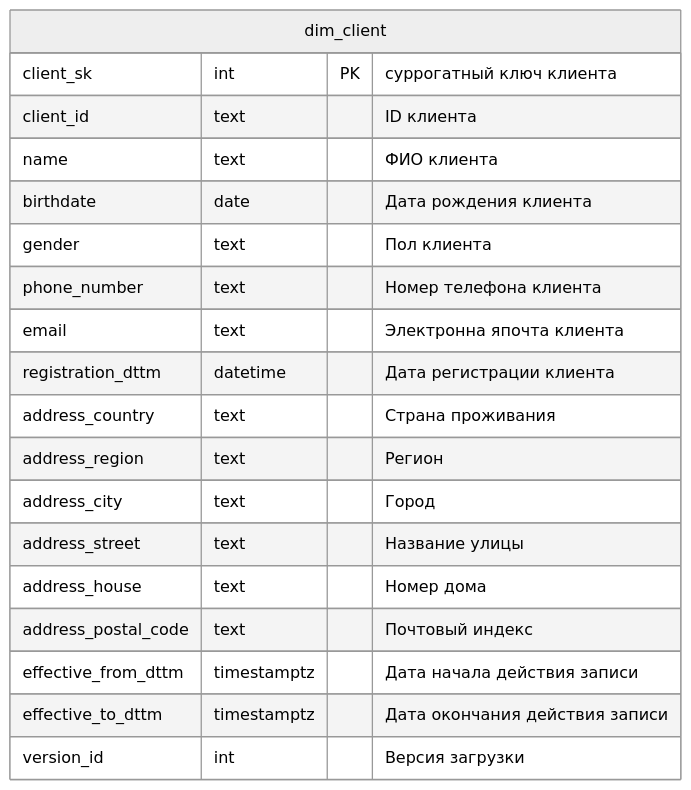
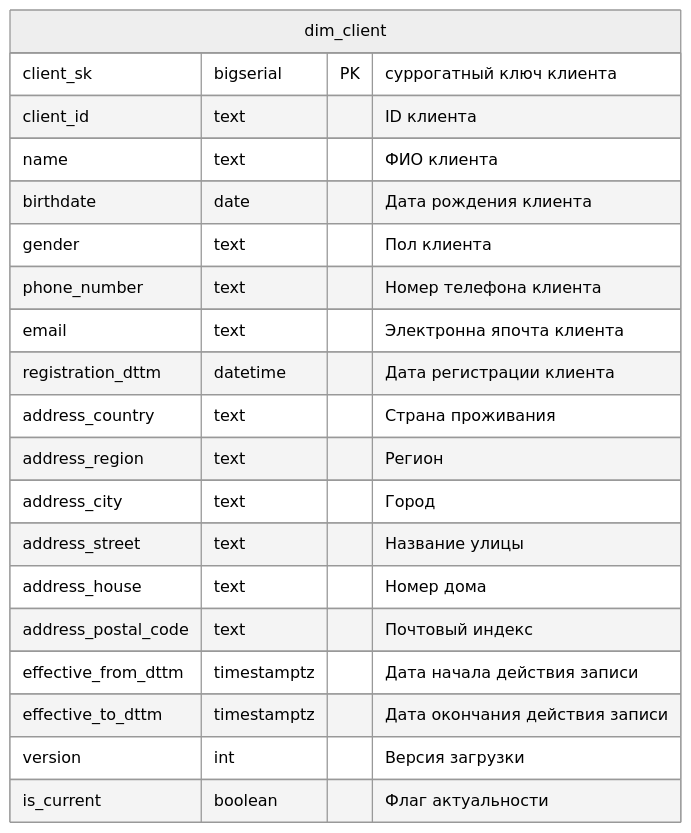
One commit to vgorbikov/dq-practice changed the second of 9 diagrams in docs/db_schema/Базовые ввитрины.md. Above: the diagram before and after it, drawn with Mermaid (neutral theme). The commit also changed other lines of this file and 2 other files, not shown here.

Commit message:
fix db schema

````diff
--- a/docs/db_schema/Базовые ввитрины.md
+++ b/docs/db_schema/Базовые ввитрины.md
@@ -48,23 +48,24 @@
 ```mermaid
 erDiagram
 
 dim_client {
-    client_sk int PK "суррогатный ключ клиента"
+    client_sk bigserial PK "суррогатный ключ клиента"
     client_id text "ID клиента"
     name text "ФИО клиента"
     birthdate date "Дата рождения клиента"
     gender text "Пол клиента"
     phone_number text "Номер телефона клиента"
     email text "Электронна япочта клиента"
     registration_dttm datetime "Дата регистрации клиента"
     address_country text "Страна проживания"
     address_region text "Регион"
     address_city text "Город"
     address_street text "Название улицы"
     address_house text "Номер дома"
     address_postal_code text "Почтовый индекс"
     effective_from_dttm timestamptz "Дата начала действия записи"
     effective_to_dttm timestamptz "Дата окончания действия записи"
-    version_id int "Версия загрузки"
+    version int "Версия загрузки"
+    is_current boolean "Флаг актуальности"
 }
 ```
````
